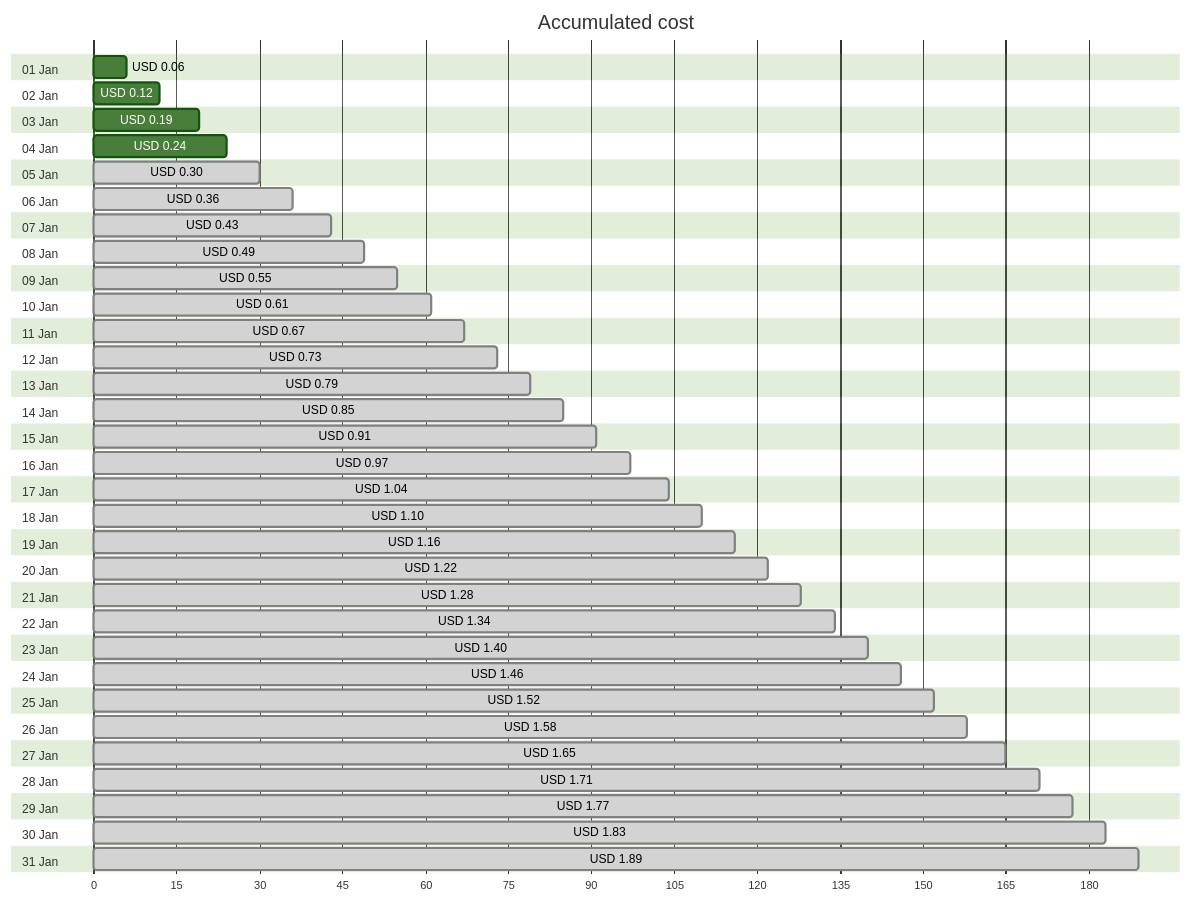
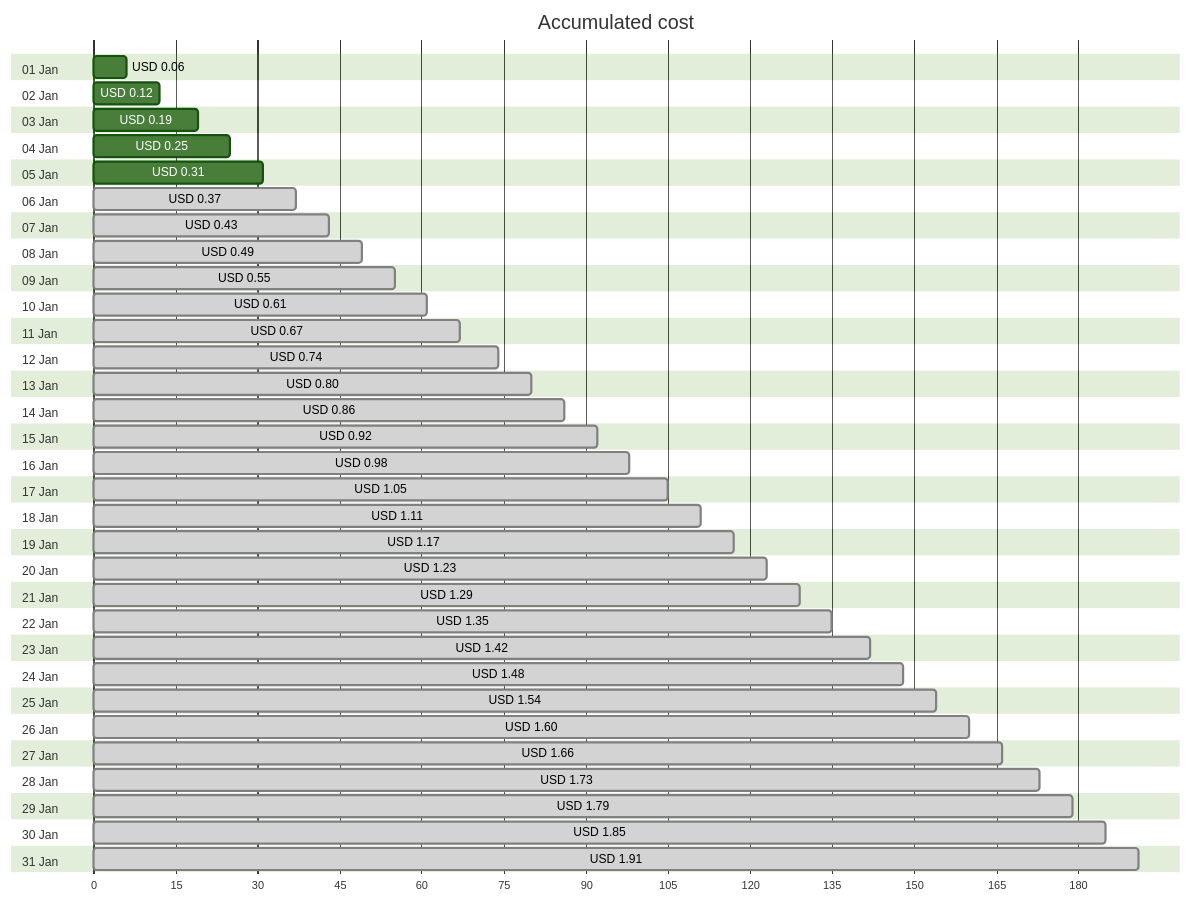
The first of 4 diagrams in cost-reports/personal-network/backup-server_OsDisk.md (jpfulton/azure-personal-reports), drawn with Mermaid (forest theme) before and after one commit. The commit also changed other lines of this file and 8 other files, not shown here.

````diff
--- a/cost-reports/personal-network/backup-server_OsDisk.md
+++ b/cost-reports/personal-network/backup-server_OsDisk.md
@@ -20,68 +20,68 @@
 ```mermaid
 gantt
    title Accumulated cost
    dateFormat  X
    axisFormat %s
    section 01 Jan
    USD 0.06 :0, 6
    section 02 Jan
    USD 0.12 :0, 12
    section 03 Jan
    USD 0.19 :0, 19
    section 04 Jan
-   USD 0.24 :0, 24
+   USD 0.25 :0, 25
    section 05 Jan
-   USD 0.30 : done, 0, 30
+   USD 0.31 :0, 31
    section 06 Jan
-   USD 0.36 : done, 0, 36
+   USD 0.37 : done, 0, 37
    section 07 Jan
    USD 0.43 : done, 0, 43
    section 08 Jan
    USD 0.49 : done, 0, 49
    section 09 Jan
    USD 0.55 : done, 0, 55
    section 10 Jan
    USD 0.61 : done, 0, 61
    section 11 Jan
    USD 0.67 : done, 0, 67
    section 12 Jan
-   USD 0.73 : done, 0, 73
+   USD 0.74 : done, 0, 74
    section 13 Jan
-   USD 0.79 : done, 0, 79
+   USD 0.80 : done, 0, 80
    section 14 Jan
-   USD 0.85 : done, 0, 85
+   USD 0.86 : done, 0, 86
    section 15 Jan
-   USD 0.91 : done, 0, 91
+   USD 0.92 : done, 0, 92
    section 16 Jan
-   USD 0.97 : done, 0, 97
+   USD 0.98 : done, 0, 98
    section 17 Jan
-   USD 1.04 : done, 0, 104
+   USD 1.05 : done, 0, 105
    section 18 Jan
-   USD 1.10 : done, 0, 110
+   USD 1.11 : done, 0, 111
    section 19 Jan
-   USD 1.16 : done, 0, 116
+   USD 1.17 : done, 0, 117
    section 20 Jan
-   USD 1.22 : done, 0, 122
+   USD 1.23 : done, 0, 123
    section 21 Jan
-   USD 1.28 : done, 0, 128
+   USD 1.29 : done, 0, 129
    section 22 Jan
-   USD 1.34 : done, 0, 134
+   USD 1.35 : done, 0, 135
    section 23 Jan
-   USD 1.40 : done, 0, 140
+   USD 1.42 : done, 0, 142
    section 24 Jan
-   USD 1.46 : done, 0, 146
+   USD 1.48 : done, 0, 148
    section 25 Jan
-   USD 1.52 : done, 0, 152
+   USD 1.54 : done, 0, 154
    section 26 Jan
-   USD 1.58 : done, 0, 158
+   USD 1.60 : done, 0, 160
    section 27 Jan
-   USD 1.65 : done, 0, 165
+   USD 1.66 : done, 0, 166
    section 28 Jan
-   USD 1.71 : done, 0, 171
+   USD 1.73 : done, 0, 173
    section 29 Jan
-   USD 1.77 : done, 0, 177
+   USD 1.79 : done, 0, 179
    section 30 Jan
-   USD 1.83 : done, 0, 183
+   USD 1.85 : done, 0, 185
    section 31 Jan
-   USD 1.89 : done, 0, 189
+   USD 1.91 : done, 0, 191
 ```
````
